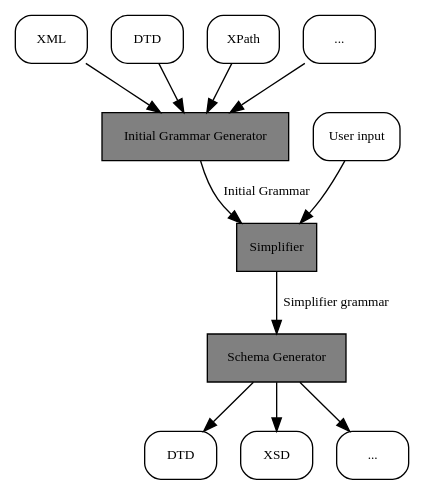
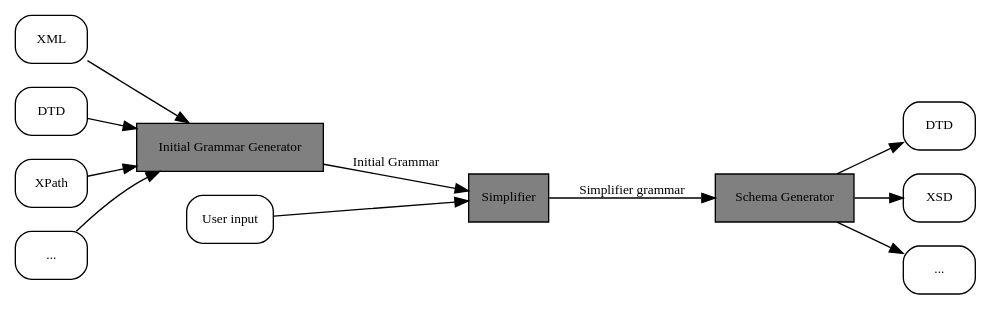
One commit to otmarjr/jInfer-fork changed the diagram in doc/jInfer/full/architecture/inference_process.gv. Above: the diagram before and after it, drawn with Graphviz. The commit also changed 3 other files, not shown here.

Commit message:
3154619 Create documentation for jInfer architecture - leftright rankdir

```diff
--- a/doc/jInfer/full/architecture/inference_process.gv
+++ b/doc/jInfer/full/architecture/inference_process.gv
@@ -1,27 +1,28 @@
 digraph inference_process {
 	node [shape = rectangle, fontname = "TeXGyrePagella-Regular", fontsize = 10];
 	edge [fontname = "TeXGyrePagella-Regular", fontsize = 10];
+	rankdir = LR;
 
 	node [style= rounded];
 	input_xml [label = "XML"];
 	input_dtd [label = "DTD"];
 	input_xpath [label = "XPath"];
 	input_misc [label ="..."];
 	input_xml -> 1;
 	input_dtd -> 1;
 	input_xpath -> 1;
 	input_misc -> 1;
 	1 [label = "Initial Grammar Generator" style = "filled" fillcolor = "grey"];
 	1 -> 2 [label = "Initial Grammar"];
 	user_input [label = "User input"];
 	user_input -> 2;
 	2 [label = "Simplifier" style = "filled" fillcolor = "grey"];
 	2 -> 3 [label = "Simplifier grammar"];
 	3 [label = "Schema Generator" style = "filled" fillcolor = "grey"];
 	output_dtd [label = "DTD"];
 	output_xsd [label = "XSD"];
 	output_misc [label = "..."];
 	3 -> output_dtd;
 	3 -> output_xsd;
 	3 -> output_misc;
 }
```
